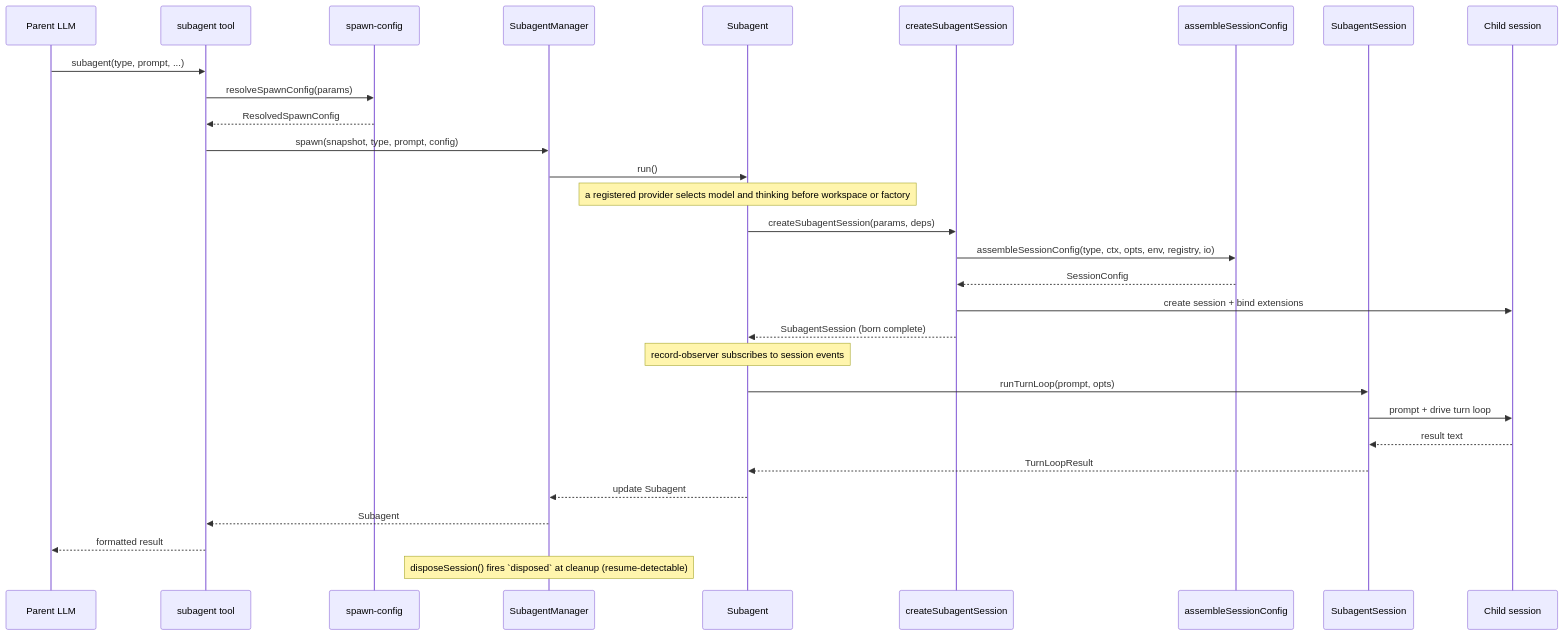
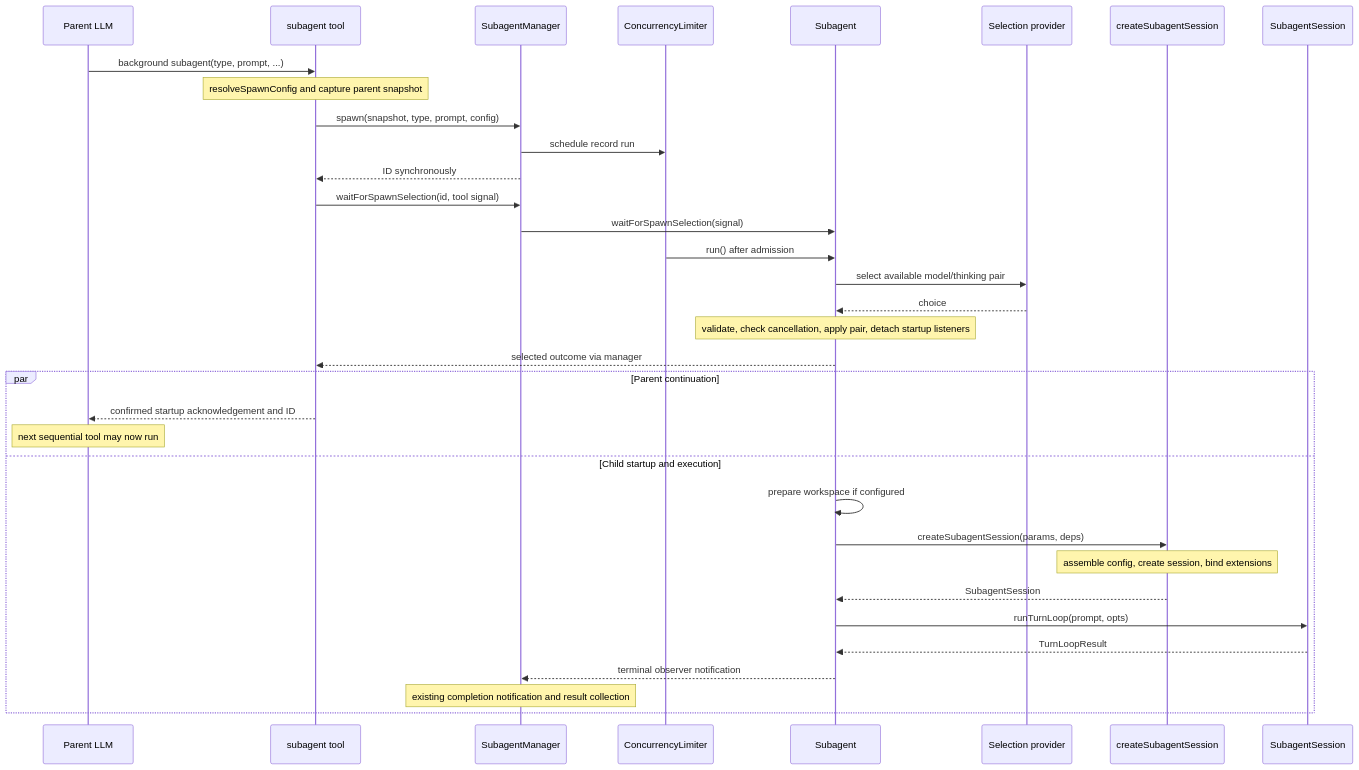
One commit to Jopqior/gotgenes-pi-packages changed the fourth of 5 diagrams in packages/pi-subagents/docs/architecture/architecture.md. Above: the diagram before and after it, drawn with Mermaid. The commit also changed other lines of this file and 2 other files, not shown here.

Commit message:
docs(pi-subagents): explain startup selection waiting and limits (#17)

````diff
--- a/packages/pi-subagents/docs/architecture/architecture.md
+++ b/packages/pi-subagents/docs/architecture/architecture.md
@@ -291,33 +298,37 @@
 ```mermaid
 sequenceDiagram
     participant LLM as Parent LLM
     participant Tool as subagent tool
-    participant Spawn as spawn-config
     participant Mgr as SubagentManager
+    participant Gate as ConcurrencyLimiter
     participant Ag as Subagent
+    participant Chooser as Selection provider
     participant Factory as createSubagentSession
-    participant Asm as assembleSessionConfig
     participant Sub as SubagentSession
-    participant Child as Child session
 
-    LLM->>Tool: subagent(type, prompt, ...)
-    Tool->>Spawn: resolveSpawnConfig(params)
-    Spawn-->>Tool: ResolvedSpawnConfig
+    LLM->>Tool: background subagent(type, prompt, ...)
+    Note over Tool: resolveSpawnConfig and capture parent snapshot
     Tool->>Mgr: spawn(snapshot, type, prompt, config)
-    Mgr->>Ag: run()
-    Note over Ag: a registered provider selects model and thinking before workspace or factory
-    Ag->>Factory: createSubagentSession(params, deps)
-    Factory->>Asm: assembleSessionConfig(type, ctx, opts, env, registry, io)
-    Asm-->>Factory: SessionConfig
-    Factory->>Child: create session + bind extensions
-    Factory-->>Ag: SubagentSession (born complete)
-    Note over Ag: record-observer subscribes to session events
-    Ag->>Sub: runTurnLoop(prompt, opts)
-    Sub->>Child: prompt + drive turn loop
-    Child-->>Sub: result text
-    Sub-->>Ag: TurnLoopResult
-    Ag-->>Mgr: update Subagent
-    Mgr-->>Tool: Subagent
-    Tool-->>LLM: formatted result
-    Note over Mgr: disposeSession() fires `disposed` at cleanup (resume-detectable)
+    Mgr->>Gate: schedule record run
+    Mgr-->>Tool: ID synchronously
+    Tool->>Mgr: waitForSpawnSelection(id, tool signal)
+    Mgr->>Ag: waitForSpawnSelection(signal)
+    Gate->>Ag: run() after admission
+    Ag->>Chooser: select available model/thinking pair
+    Chooser-->>Ag: choice
+    Note over Ag: validate, check cancellation, apply pair, detach startup listeners
+    Ag-->>Tool: selected outcome via manager
+    par Parent continuation
+        Tool-->>LLM: confirmed startup acknowledgement and ID
+        Note over LLM: next sequential tool may now run
+    and Child startup and execution
+        Ag->>Ag: prepare workspace if configured
+        Ag->>Factory: createSubagentSession(params, deps)
+        Note over Factory: assemble config, create session, bind extensions
+        Factory-->>Ag: SubagentSession
+        Ag->>Sub: runTurnLoop(prompt, opts)
+        Sub-->>Ag: TurnLoopResult
+        Ag-->>Mgr: terminal observer notification
+        Note over Mgr: existing completion notification and result collection
+    end
 ```
````
